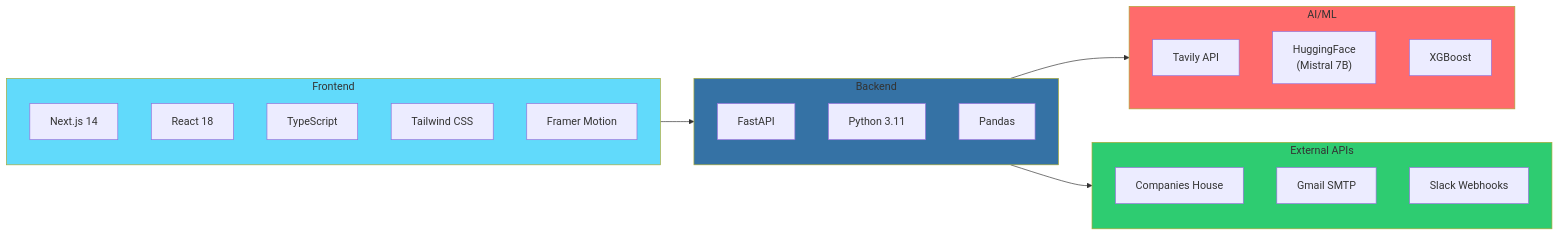
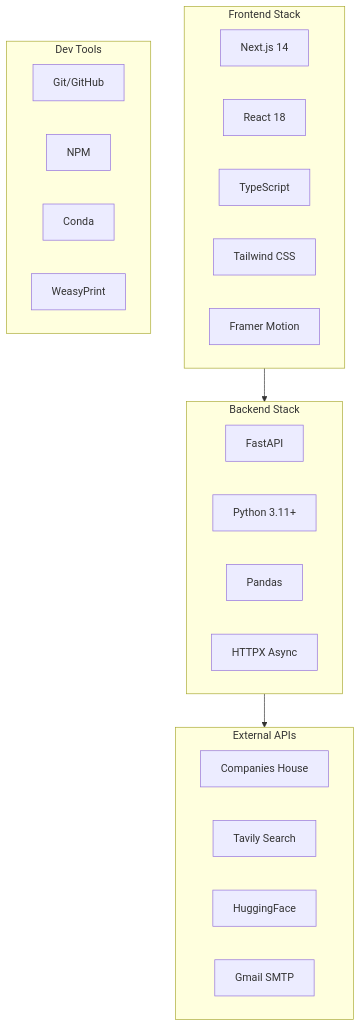
Diagram 12 of 12 in EIS_ARCHITECTURE_REPORT.md (nagasriramnani/Currency-Intelligence-Platform-V2), drawn with Mermaid before and after one commit. The commit also changed other lines of this file, not shown here.

First line of the commit message:
docs: EIS Architecture Report with 5 Mermaid diagrams

````diff
--- a/EIS_ARCHITECTURE_REPORT.md
+++ b/EIS_ARCHITECTURE_REPORT.md
@@ -653,37 +537,34 @@
 ```mermaid
-flowchart LR
-    subgraph Frontend["Frontend"]
-        Next["Next.js 14"]
-        React["React 18"]
-        TS["TypeScript"]
-        Tailwind["Tailwind CSS"]
-        Framer["Framer Motion"]
+graph TB
+    subgraph Frontend["Frontend Stack"]
+        Next[Next.js 14]
+        React[React 18]
+        TS[TypeScript]
+        Tailwind[Tailwind CSS]
+        Framer[Framer Motion]
     end
 
-    subgraph Backend["Backend"]
-        FastAPI["FastAPI"]
-        Python["Python 3.11"]
-        Pandas["Pandas"]
+    subgraph Backend["Backend Stack"]
+        FastAPI[FastAPI]
+        Python[Python 3.11+]
+        Pandas[Pandas]
+        HTTPX[HTTPX Async]
     end
 
-    subgraph AI["AI/ML"]
-        Tavily["Tavily API"]
-        HF["HuggingFace<br/>(Mistral 7B)"]
-        XGBoost["XGBoost"]
+    subgraph APIs["External APIs"]
+        CH[Companies House]
+        Tavily[Tavily Search]
+        HF[HuggingFace]
+        Gmail[Gmail SMTP]
     end
 
-    subgraph External["External APIs"]
-        CH["Companies House"]
-        Gmail["Gmail SMTP"]
-        Slack["Slack Webhooks"]
+    subgraph Tools["Dev Tools"]
+        Git[Git/GitHub]
+        NPM[NPM]
+        Conda[Conda]
+        WeasyPrint[WeasyPrint]
     end
 
     Frontend --> Backend
-    Backend --> AI
-    Backend --> External
-
-    style Frontend fill:#61dafb
-    style Backend fill:#3572A5
-    style AI fill:#ff6b6b
-    style External fill:#2ecc71
+    Backend --> APIs
 ```
````
